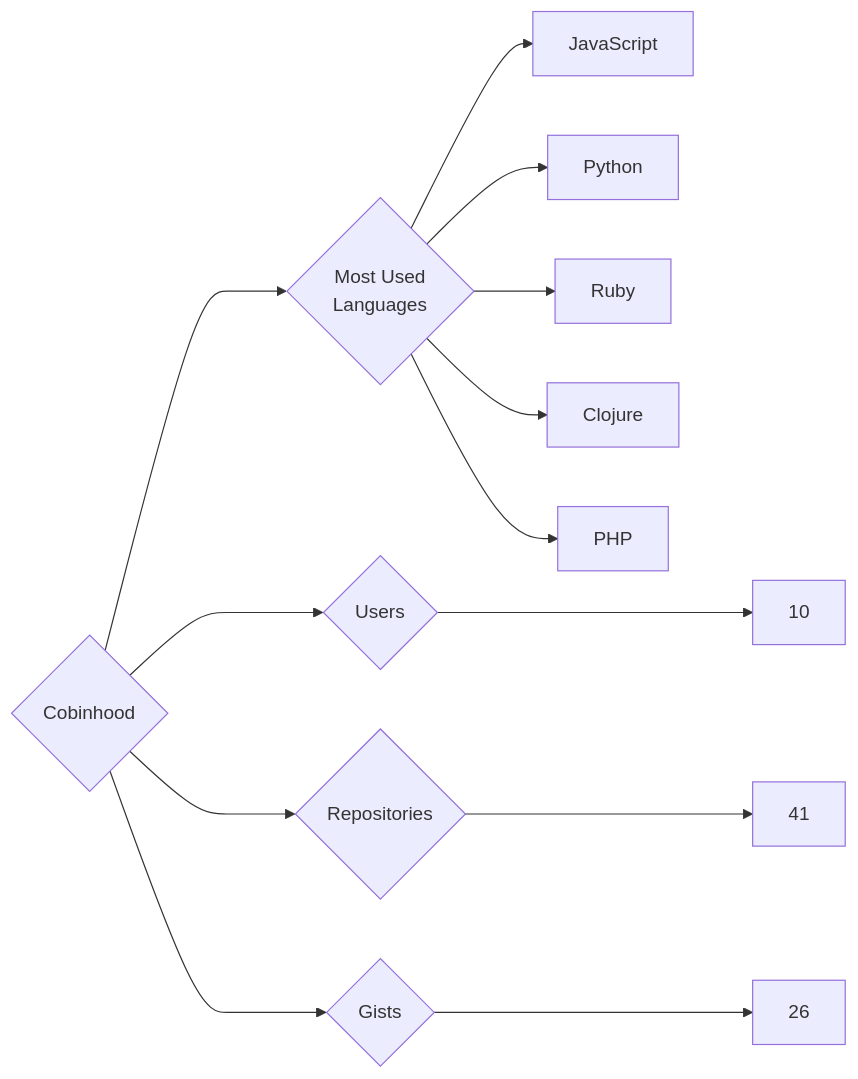
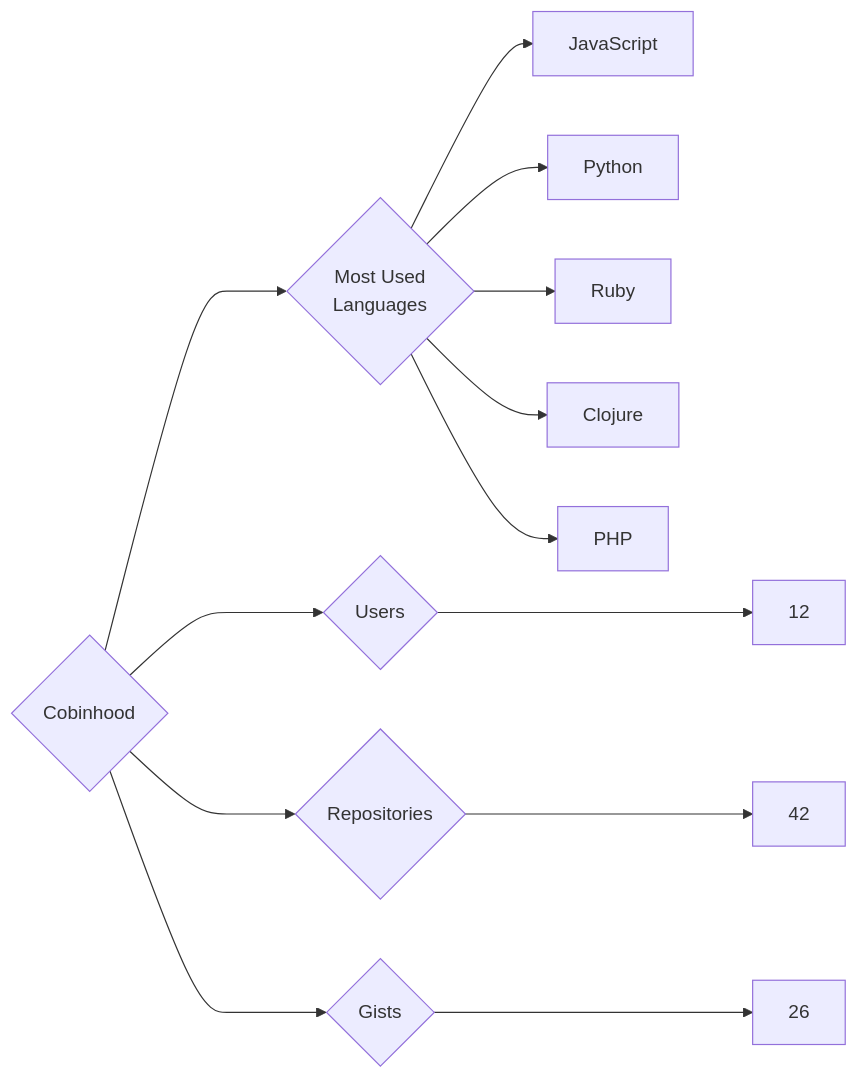
Before and after one commit to trickest/insiders: the diagram in targets/Cobinhood/README.md, drawn with Mermaid. The commit also changed 1092 other files, not shown here.

````diff
--- a/targets/Cobinhood/README.md
+++ b/targets/Cobinhood/README.md
@@ -3,13 +3,13 @@
 ```mermaid
 graph LR
 COMPANY_NAME{Cobinhood}
-COMPANY_NAME ---> U{Users} ---> UN[10]
-COMPANY_NAME ---> R{Repositories} ---> RN[41]
+COMPANY_NAME ---> U{Users} ---> UN[12]
+COMPANY_NAME ---> R{Repositories} ---> RN[42]
 COMPANY_NAME ---> G{Gists} ---> GN[26]
 COMPANY_NAME ---> ML{Most Used<br>Languages}
 ML --> JavaScript[JavaScript]
 ML --> Python[Python]
 ML --> Ruby[Ruby]
 ML --> Clojure[Clojure]
 ML --> PHP[PHP]
 ```
````
